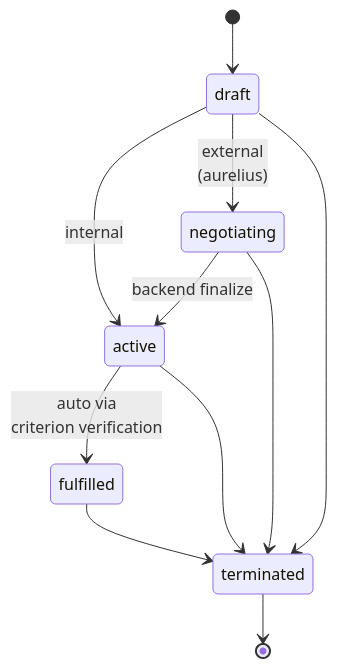
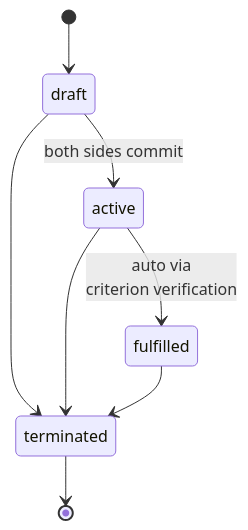
Before and after one commit to nexus-holdings/nexus-docs: the diagram in docs/components/plugins/contracts.md, drawn with Mermaid. The commit also changed other lines of this file and 8 other files, not shown here.

````diff
--- a/docs/components/plugins/contracts.md
+++ b/docs/components/plugins/contracts.md
@@ -36,13 +36,10 @@
 ```mermaid
 stateDiagram-v2
     [*] --> draft
-    draft --> active : internal
-    draft --> negotiating : external<br/>(aurelius)
-    negotiating --> active : backend finalize
+    draft --> active : both sides commit
     active --> fulfilled : auto via<br/>criterion verification
     draft --> terminated
-    negotiating --> terminated
     active --> terminated
     fulfilled --> terminated
     terminated --> [*]
 ```
````
